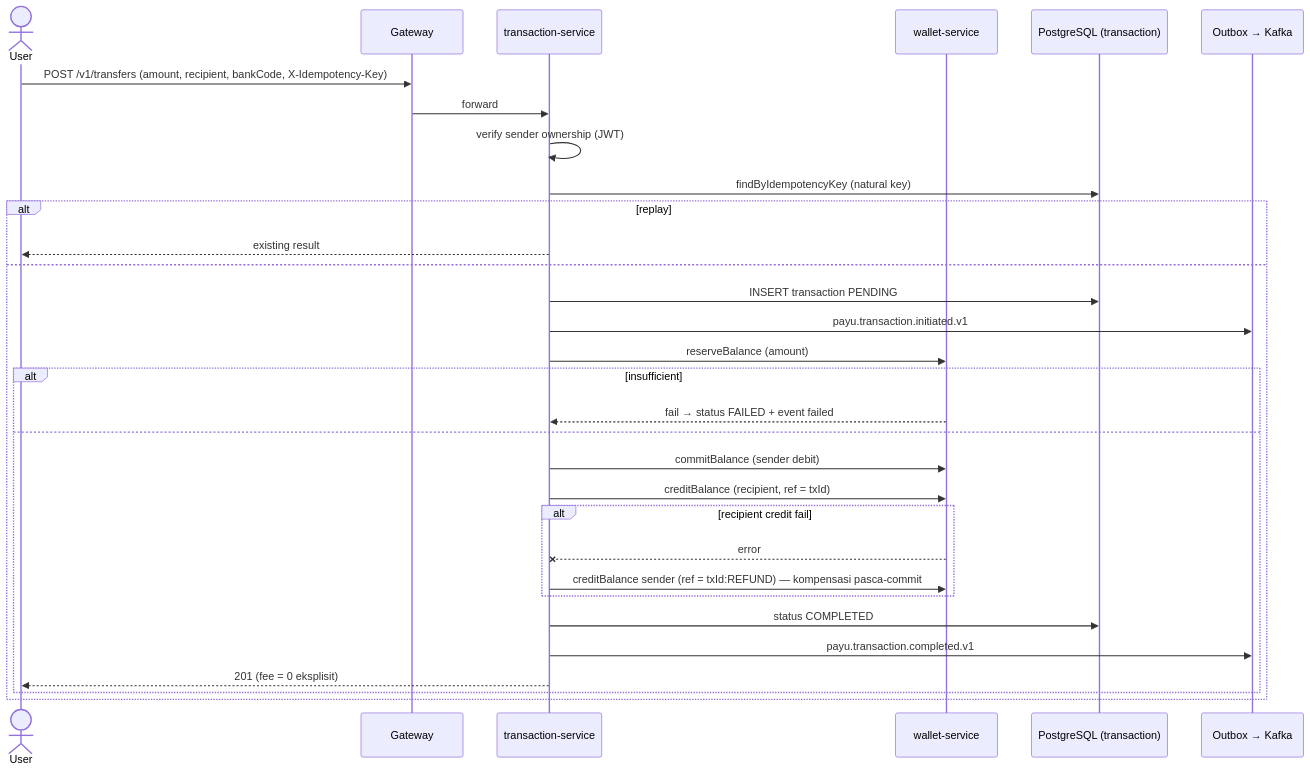
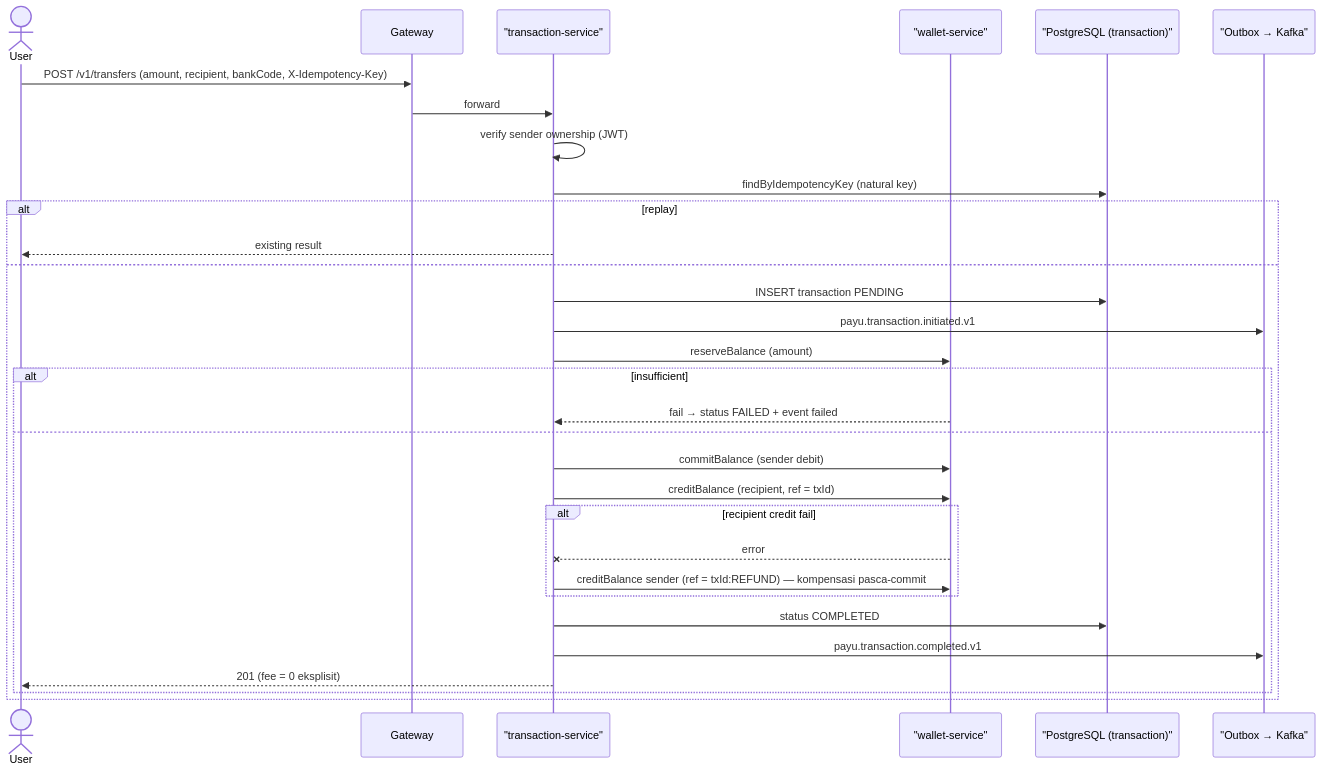
Before and after one commit to fajjarnr/payu: the third of 51 diagrams in docs/product/FLOWS.md, drawn with Mermaid. The commit also changed other lines of this file, not shown here.

First line of the commit message:
fix(flows): mermaid render — quoted aliases, #59; semicolons, %% comments

````diff
--- a/docs/product/FLOWS.md
+++ b/docs/product/FLOWS.md
@@ -90,34 +90,34 @@
 ```mermaid
 sequenceDiagram
     actor U as User
     participant G as Gateway
-    participant TX as transaction-service
-    participant WL as wallet-service
-    participant DB as PostgreSQL (transaction)
-    participant OB as Outbox → Kafka
+    participant TX as "transaction-service"
+    participant WL as "wallet-service"
+    participant DB as "PostgreSQL (transaction)"
+    participant OB as "Outbox → Kafka"
 
     U->>G: POST /v1/transfers (amount, recipient, bankCode, X-Idempotency-Key)
     G->>TX: forward
     TX->>TX: verify sender ownership (JWT)
     TX->>DB: findByIdempotencyKey (natural key)
     alt replay
         TX-->>U: existing result
     else
         TX->>DB: INSERT transaction PENDING
         TX->>OB: payu.transaction.initiated.v1
         TX->>WL: reserveBalance (amount)
         alt insufficient
             WL-->>TX: fail → status FAILED + event failed
         else
             TX->>WL: commitBalance (sender debit)
             TX->>WL: creditBalance (recipient, ref = txId)
             alt recipient credit fail
                 WL--xTX: error
                 TX->>WL: creditBalance sender (ref = txId:REFUND) — kompensasi pasca-commit
             end
             TX->>DB: status COMPLETED
             TX->>OB: payu.transaction.completed.v1
             TX-->>U: 201 (fee = 0 eksplisit)
         end
     end
 ```
````
